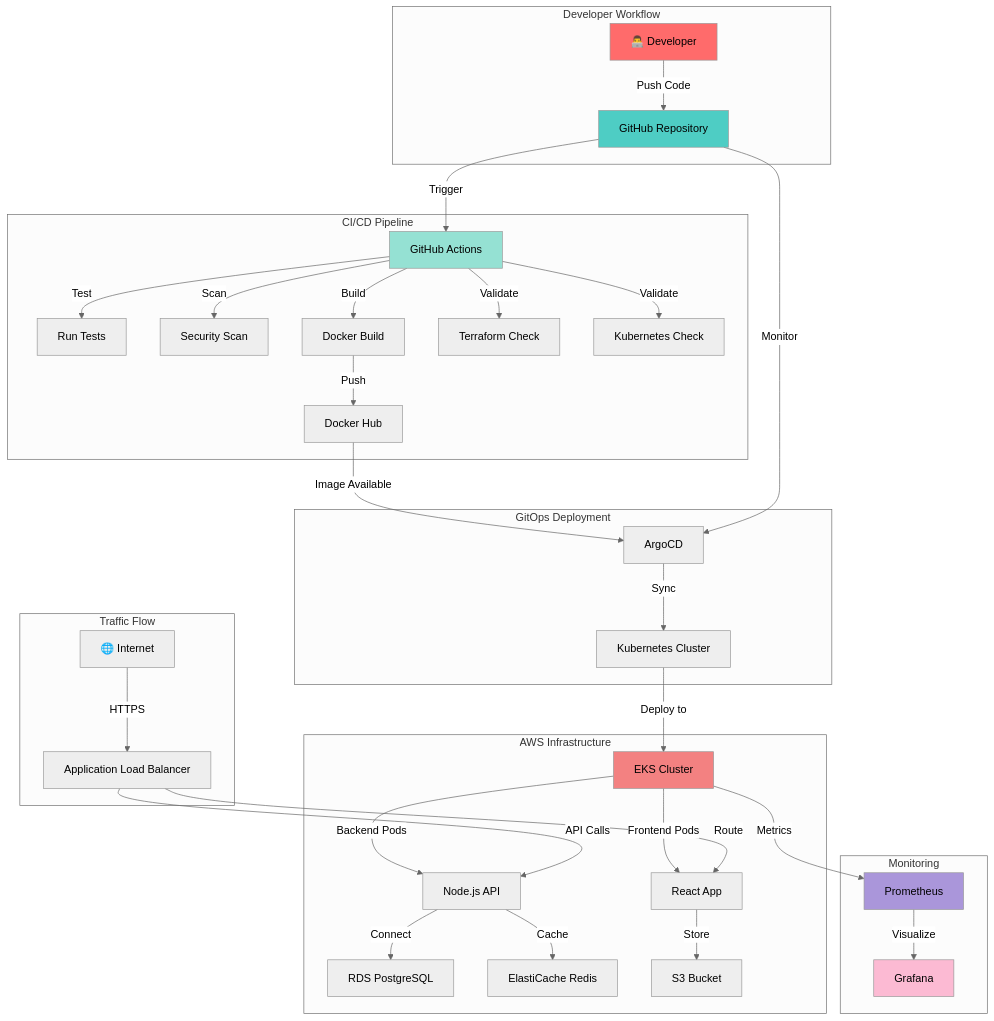
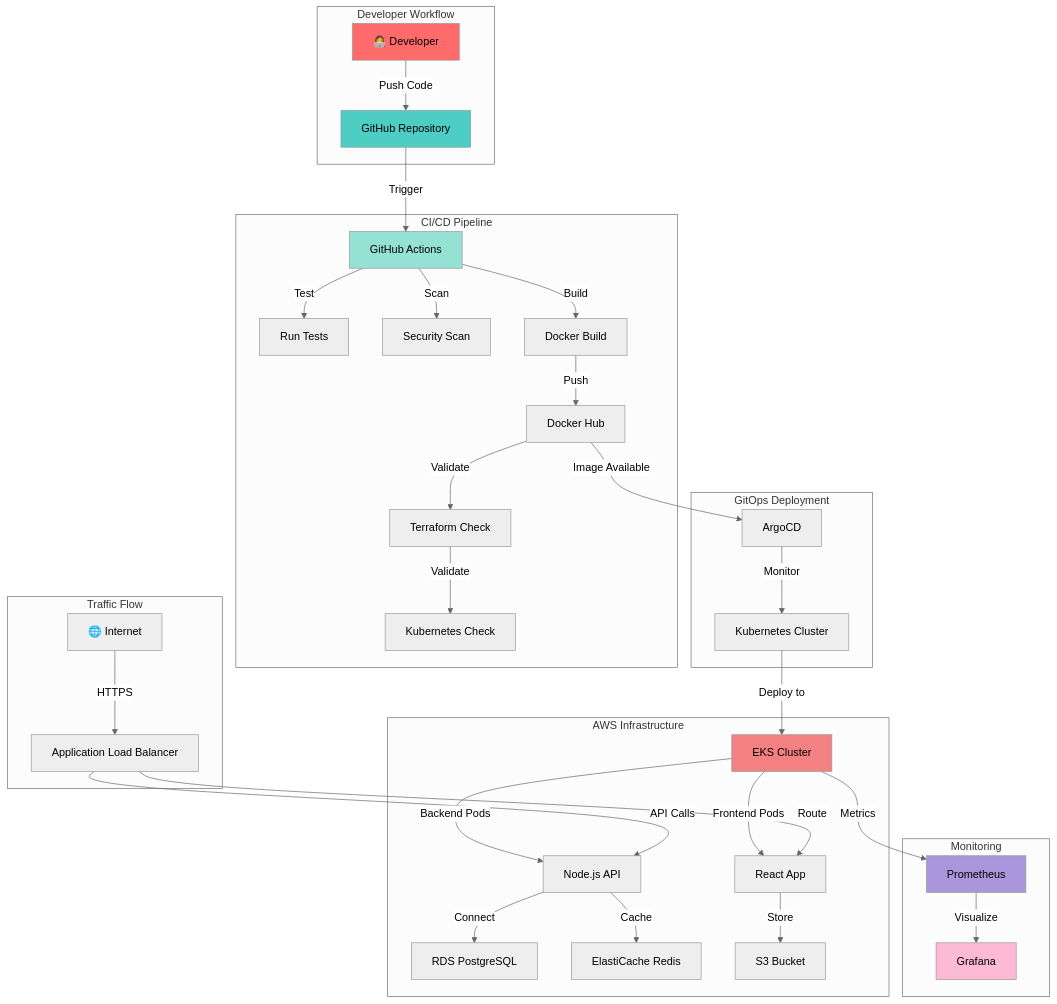
One commit to SHUBHADEEPXT/Durga-Puja_Website_Project changed the diagram in README.md. Above: the diagram before and after it, drawn with Mermaid (neutral theme). The commit also changed other lines of this file, not shown here.

````diff
--- a/README.md
+++ b/README.md
@@ -157,51 +156,49 @@
 ```mermaid
 graph TB
-    subgraph "Developer Workflow"
-        A[👨‍💻 Developer] -->|Push Code| B[GitHub Repository]
-    end
 
+  subgraph "Developer Workflow"
+    A[👩‍💻 Developer] -->|Push Code| B[GitHub Repository]
+  end
 
-subgraph "CI/CD Pipeline"
+  subgraph "CI/CD Pipeline"
     B -->|Trigger| C[GitHub Actions]
     C -->|Test| D[Run Tests]
     C -->|Scan| E[Security Scan]
     C -->|Build| F[Docker Build]
     F -->|Push| G[Docker Hub]
-    C -->|Validate| H[Terraform Check]
-    C -->|Validate| I[Kubernetes Check]
-end
+    G -->|Validate| H[Terraform Check]
+    H -->|Validate| I[Kubernetes Check]
+  end
 
-subgraph "GitOps Deployment"
+  subgraph "GitOps Deployment"
     G -->|Image Available| J[ArgoCD]
-    B -->|Monitor| J
-    J -->|Sync| K[Kubernetes Cluster]
-end
+    J -->|Monitor| K[Kubernetes Cluster]
+  end
 
-subgraph "AWS Infrastructure"
+  subgraph "AWS Infrastructure"
     K -->|Deploy to| L[EKS Cluster]
     L -->|Frontend Pods| M[React App]
     L -->|Backend Pods| N[Node.js API]
     N -->|Connect| O[RDS PostgreSQL]
     N -->|Cache| P[ElastiCache Redis]
     M -->|Store| Q[S3 Bucket]
-end
+  end
 
-subgraph "Monitoring"
+  subgraph "Monitoring"
     L -->|Metrics| R[Prometheus]
     R -->|Visualize| S[Grafana]
-end
+  end
 
-subgraph "Traffic Flow"
+  subgraph "Traffic Flow"
     T[🌐 Internet] -->|HTTPS| U[Application Load Balancer]
     U -->|Route| M
     U -->|API Calls| N
-end
+  end
 
-style A fill:#FF6B6B
-style B fill:#4ECDC4
-style C fill:#95E1D3
-style L fill:#F38181
-style R fill:#AA96DA
-style S fill:#FCBAD3
-
+  style A fill:#FF6B6B
+  style B fill:#4ECDC4
+  style C fill:#95E1D3
+  style L fill:#F38181
+  style R fill:#AA96DA
+  style S fill:#FCBAD3
 ```
````
